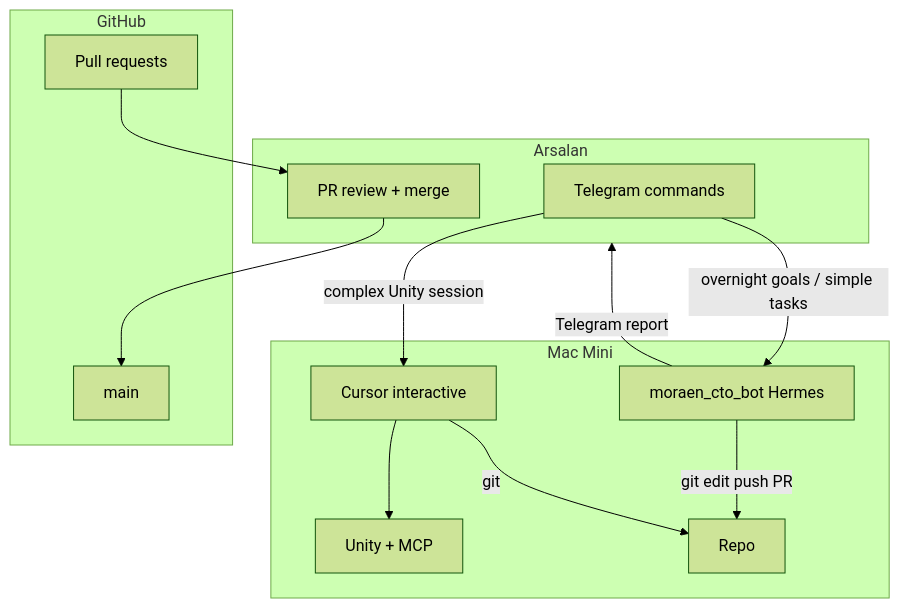
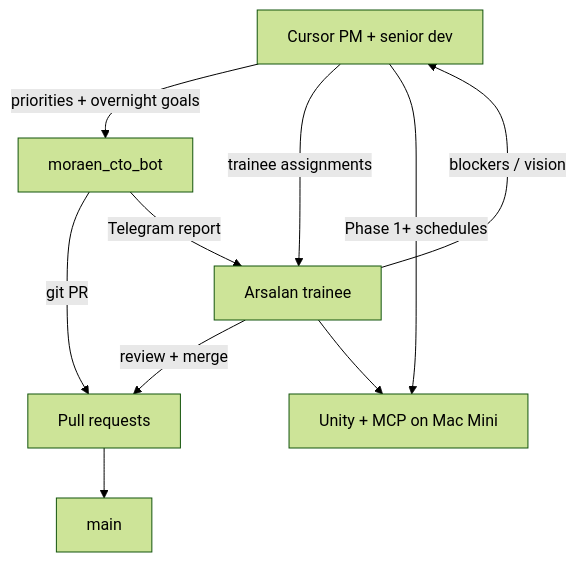
One commit to appopoleisStudios/karjat-farms changed the diagram in docs/coordination.md. Above: the diagram before and after it, drawn with Mermaid (forest theme). The commit also changed other lines of this file and 9 other files, not shown here.

````diff
--- a/docs/coordination.md
+++ b/docs/coordination.md
@@ -16,27 +40,19 @@
 ```mermaid
 flowchart TB
-  subgraph human [Arsalan]
-    TG[Telegram commands]
-    Review[PR review + merge]
-  end
+  PM[Cursor PM + senior dev]
+  Trainee[Arsalan trainee]
+  MoraenBot[moraen_cto_bot]
+  Unity[Unity + MCP on Mac Mini]
+  PR[Pull requests]
+  Main[main]
 
-  subgraph mac [Mac Mini]
-    MoraenBot[moraen_cto_bot Hermes]
-    Cursor[Cursor interactive]
-    Unity[Unity + MCP]
-    MoraenBot -->|git edit push PR| Repo
-    Cursor --> Unity
-    Cursor -->|git| Repo
-  end
-
-  subgraph github [GitHub]
-    PR[Pull requests]
-    Main[main]
-  end
-
-  TG -->|overnight goals / simple tasks| MoraenBot
-  TG -->|complex Unity session| Cursor
-  MoraenBot -->|Telegram report| human
-  PR --> Review
-  Review --> Main
+  PM -->|priorities + overnight goals| MoraenBot
+  PM -->|trainee assignments| Trainee
+  MoraenBot -->|git PR| PR
+  Trainee -->|review + merge| PR
+  PR --> Main
+  PM -->|Phase 1+ schedules| Unity
+  Trainee --> Unity
+  MoraenBot -->|Telegram report| Trainee
+  Trainee -->|blockers / vision| PM
 ```
````
